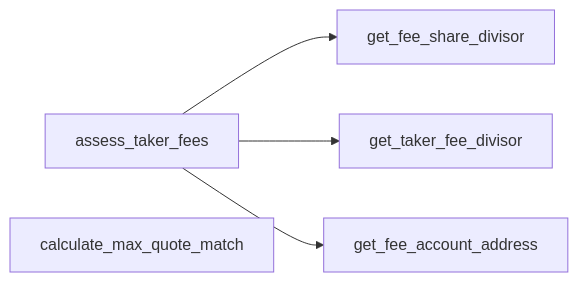
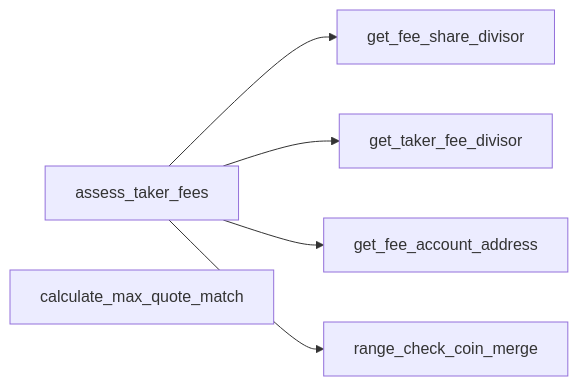
Before and after one commit to econia-labs/econia: the seventh of 7 diagrams in doc/diagrams/src/modules/incentives.md, drawn with Mermaid. The commit also changed other lines of this file and 2 other files, not shown here.

Commit message:
Add coin merge range checking

````diff
--- a/doc/diagrams/src/modules/incentives.md
+++ b/doc/diagrams/src/modules/incentives.md
@@ -116,10 +117,11 @@
 ```mermaid
 
 flowchart LR
 
 assess_taker_fees --> get_fee_share_divisor
 assess_taker_fees --> get_taker_fee_divisor
 assess_taker_fees --> get_fee_account_address
+assess_taker_fees --> range_check_coin_merge
 calculate_max_quote_match
 
 ```
````
